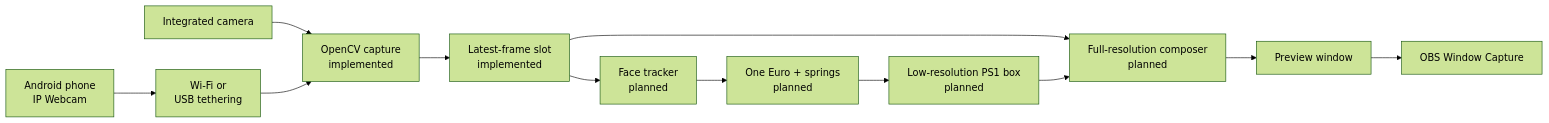
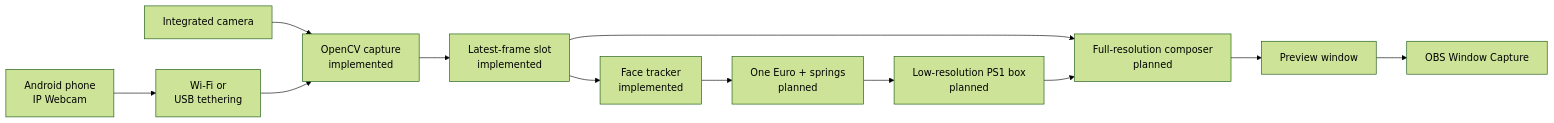
One commit to Zanark/KardboardCode-VTuber changed the diagram in docs/README.md. Above: the diagram before and after it, drawn with Mermaid (forest theme). The commit also changed other lines of this file and 26 other files, not shown here.

````diff
--- a/docs/README.md
+++ b/docs/README.md
@@ -59,14 +61,14 @@
 ```mermaid
 flowchart LR
     Phone["Android phone<br/>IP Webcam"] --> Network["Wi-Fi or<br/>USB tethering"]
     Laptop["Integrated camera"] --> Capture
     Network --> Capture["OpenCV capture<br/>implemented"]
     Capture --> Slot["Latest-frame slot<br/>implemented"]
-    Slot --> Tracker["Face tracker<br/>planned"]
+    Slot --> Tracker["Face tracker<br/>implemented"]
     Slot --> Composer["Full-resolution composer<br/>planned"]
     Tracker --> Filter["One Euro + springs<br/>planned"]
     Filter --> Renderer["Low-resolution PS1 box<br/>planned"]
     Renderer --> Composer
     Composer --> Preview["Preview window"]
     Preview --> OBS["OBS Window Capture"]
 ```
````
